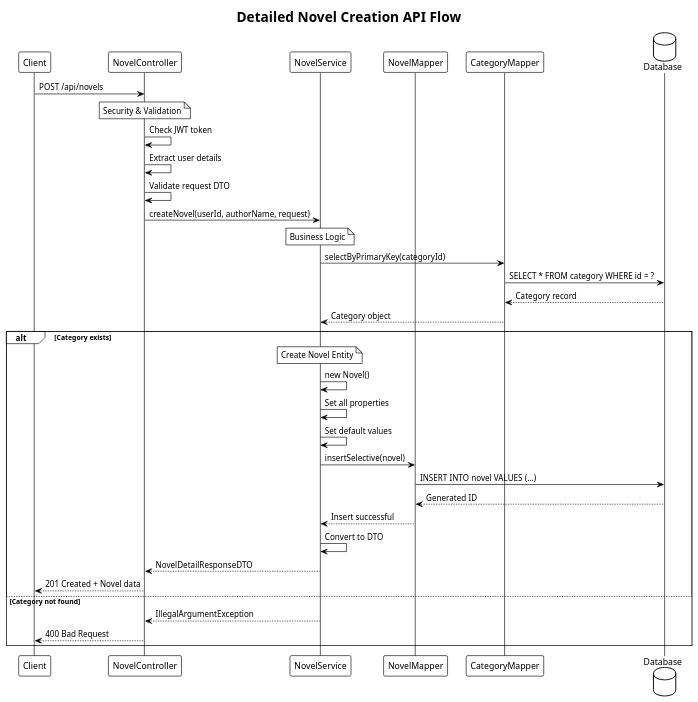
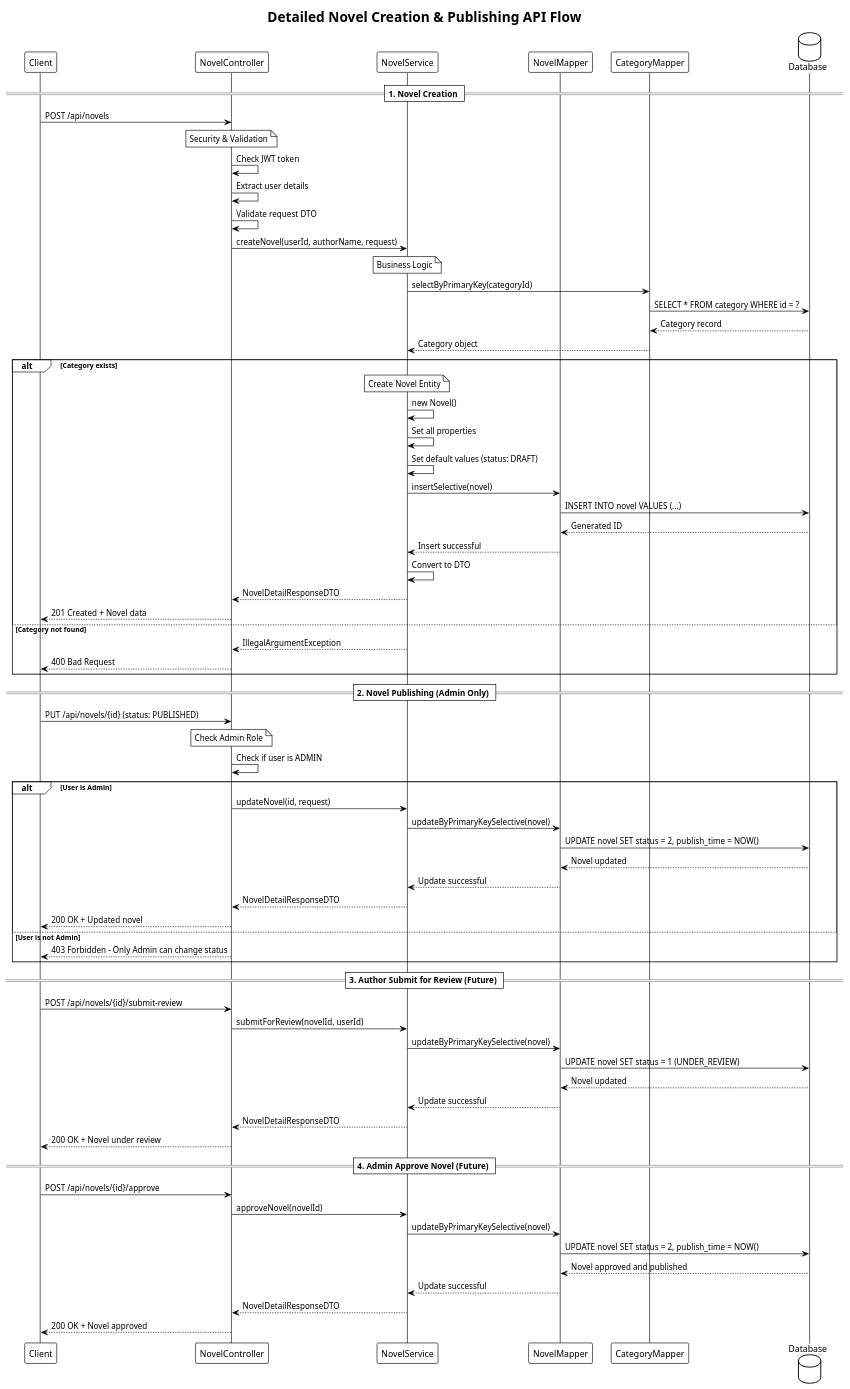
The third of 6 diagrams in NOVEL_CREATION_USER_JOURNEY.md (maugus0/yushan-backend), drawn with PlantUML before and after one commit. The commit also changed other lines of this file, not shown here.

````diff
--- a/NOVEL_CREATION_USER_JOURNEY.md
+++ b/NOVEL_CREATION_USER_JOURNEY.md
@@ -220,7 +220,7 @@
 ```plantuml
 @startuml API Flow Sequence
 !theme plain
-title Detailed Novel Creation API Flow
+title Detailed Novel Creation & Publishing API Flow
 
 participant Client as C
 participant NovelController as NC
@@ -229,6 +229,7 @@
 participant CategoryMapper as CM
 database Database as DB
 
+== 1. Novel Creation ==
 C -> NC: POST /api/novels
 note over NC: Security & Validation
 NC -> NC: Check JWT token
@@ -247,7 +248,7 @@
     note over NS: Create Novel Entity
     NS -> NS: new Novel()
     NS -> NS: Set all properties
-    NS -> NS: Set default values
+    NS -> NS: Set default values (status: DRAFT)
     
     NS -> NM: insertSelective(novel)
     NM -> DB: INSERT INTO novel VALUES (...)
@@ -262,5 +263,42 @@
     NC --> C: 400 Bad Request
 end
 
+== 2. Novel Publishing (Admin Only) ==
+C -> NC: PUT /api/novels/{id} (status: PUBLISHED)
+note over NC: Check Admin Role
+NC -> NC: Check if user is ADMIN
+
+alt User is Admin
+    NC -> NS: updateNovel(id, request)
+    NS -> NM: updateByPrimaryKeySelective(novel)
+    NM -> DB: UPDATE novel SET status = 2, publish_time = NOW()
+    DB --> NM: Novel updated
+    NM --> NS: Update successful
+    NS --> NC: NovelDetailResponseDTO
+    NC --> C: 200 OK + Updated novel
+else User is not Admin
+    NC --> C: 403 Forbidden - Only Admin can change status
+end
+
+== 3. Author Submit for Review (Future) ==
+C -> NC: POST /api/novels/{id}/submit-review
+NC -> NS: submitForReview(novelId, userId)
+NS -> NM: updateByPrimaryKeySelective(novel)
+NM -> DB: UPDATE novel SET status = 1 (UNDER_REVIEW)
+DB --> NM: Novel updated
+NM --> NS: Update successful
+NS --> NC: NovelDetailResponseDTO
+NC --> C: 200 OK + Novel under review
+
+== 4. Admin Approve Novel (Future) ==
+C -> NC: POST /api/novels/{id}/approve
+NC -> NS: approveNovel(novelId)
+NS -> NM: updateByPrimaryKeySelective(novel)
+NM -> DB: UPDATE novel SET status = 2, publish_time = NOW()
+DB --> NM: Novel approved and published
+NM --> NS: Update successful
+NS --> NC: NovelDetailResponseDTO
+NC --> C: 200 OK + Novel approved
+
 @enduml
 ```
````
